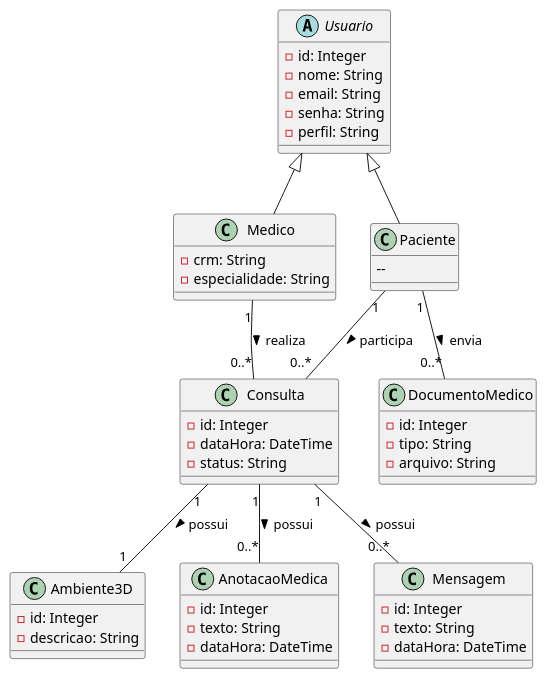
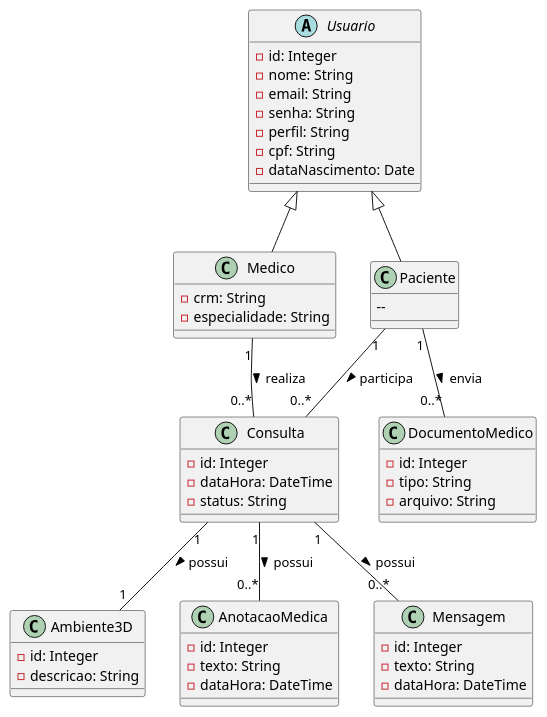
One commit to gilmarUFG/rs_es_20251_g1 changed the diagram in trabalho_grupo/modelos_uml/diagrama_classes.md. Above: the diagram before and after it, drawn with PlantUML.

Commit message:
Adicinando atributos a classe Usuario

```diff
--- a/trabalho_grupo/modelos_uml/diagrama_classes.md
+++ b/trabalho_grupo/modelos_uml/diagrama_classes.md
@@ -1,57 +1,59 @@
 @startuml
 abstract class Usuario {
   - id: Integer
   - nome: String
   - email: String
   - senha: String
   - perfil: String
+  - cpf: String     
+  - dataNascimento: Date
 }
 
 class Medico {
   - crm: String
   - especialidade: String
 }
 
 class Paciente {
   -- 
 }
 
 class Consulta {
   - id: Integer
   - dataHora: DateTime
   - status: String
 }
 
 class DocumentoMedico {
   - id: Integer
   - tipo: String
   - arquivo: String
 }
 
 class Ambiente3D {
   - id: Integer
   - descricao: String
 }
 
 class AnotacaoMedica {
   - id: Integer
   - texto: String
   - dataHora: DateTime
 }
 
 class Mensagem {
   - id: Integer
   - texto: String
   - dataHora: DateTime
 }
 
 Usuario <|-- Medico
 Usuario <|-- Paciente
 
 Medico "1" -- "0..*" Consulta : realiza >
 Paciente "1" -- "0..*" Consulta : participa >
 Consulta "1" -- "1" Ambiente3D : possui >
 Paciente "1" -- "0..*" DocumentoMedico : envia >
 Consulta "1" -- "0..*" AnotacaoMedica : possui >
 Consulta "1" -- "0..*" Mensagem : possui >
 @enduml
```
